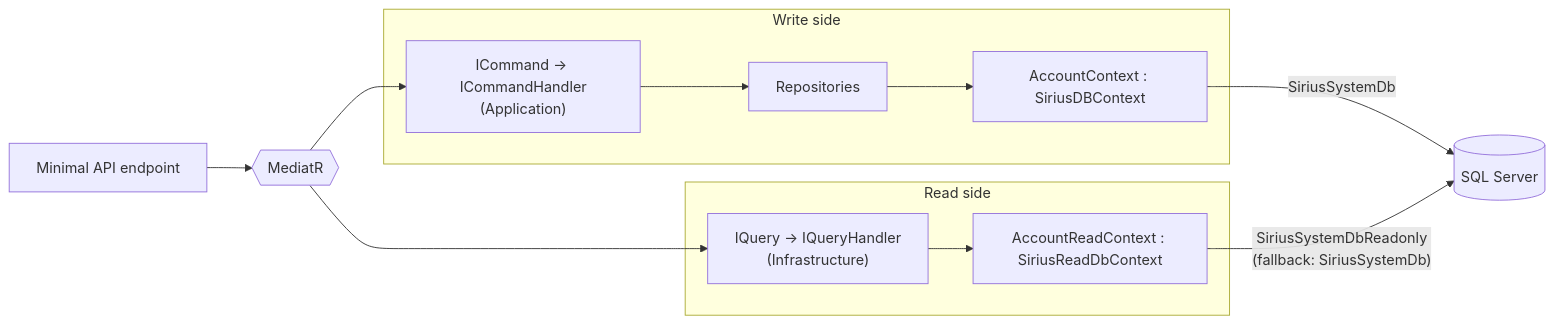
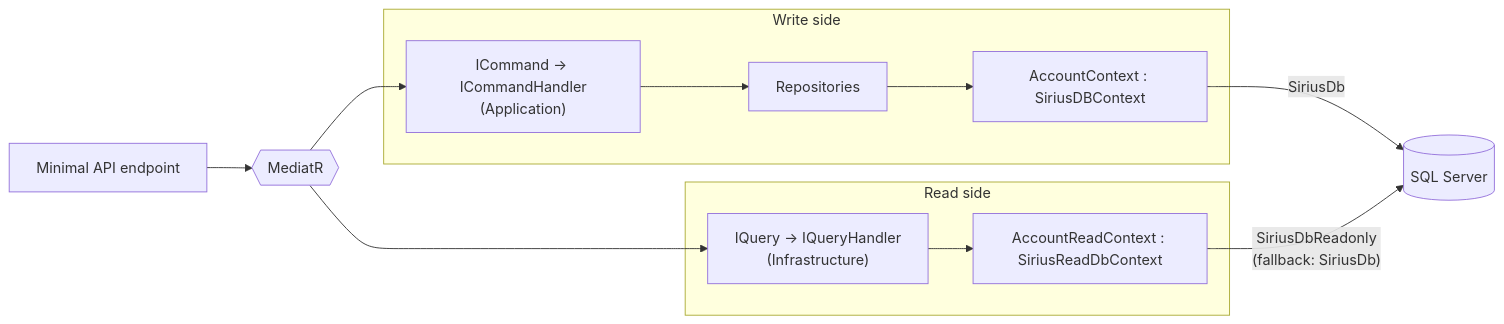
The diagram in docs/architecture/08-cqrs-read-model.md (miquelalcaraz/Labs.ServicePlatform), drawn with Mermaid before and after one commit. The commit also changed other lines of this file and 12 other files, not shown here.

````diff
--- a/docs/architecture/08-cqrs-read-model.md
+++ b/docs/architecture/08-cqrs-read-model.md
@@ -10,17 +10,17 @@
 ```mermaid
 flowchart LR
     API["Minimal API endpoint"] --> MED{{"MediatR"}}
 
     subgraph WRITE["Write side"]
         CMD["ICommand → ICommandHandler<br/>(Application)"] --> REPO["Repositories"] --> WCTX["AccountContext : SiriusDBContext"]
     end
 
     subgraph READ["Read side"]
         QRY["IQuery → IQueryHandler<br/>(Infrastructure)"] --> RCTX["AccountReadContext : SiriusReadDbContext"]
     end
 
     MED --> CMD
     MED --> QRY
-    WCTX -- "SiriusSystemDb" --> DB[("SQL Server")]
-    RCTX -- "SiriusSystemDbReadonly<br/>(fallback: SiriusSystemDb)" --> DB
+    WCTX -- "SiriusDb" --> DB[("SQL Server")]
+    RCTX -- "SiriusDbReadonly<br/>(fallback: SiriusDb)" --> DB
 ```
````
